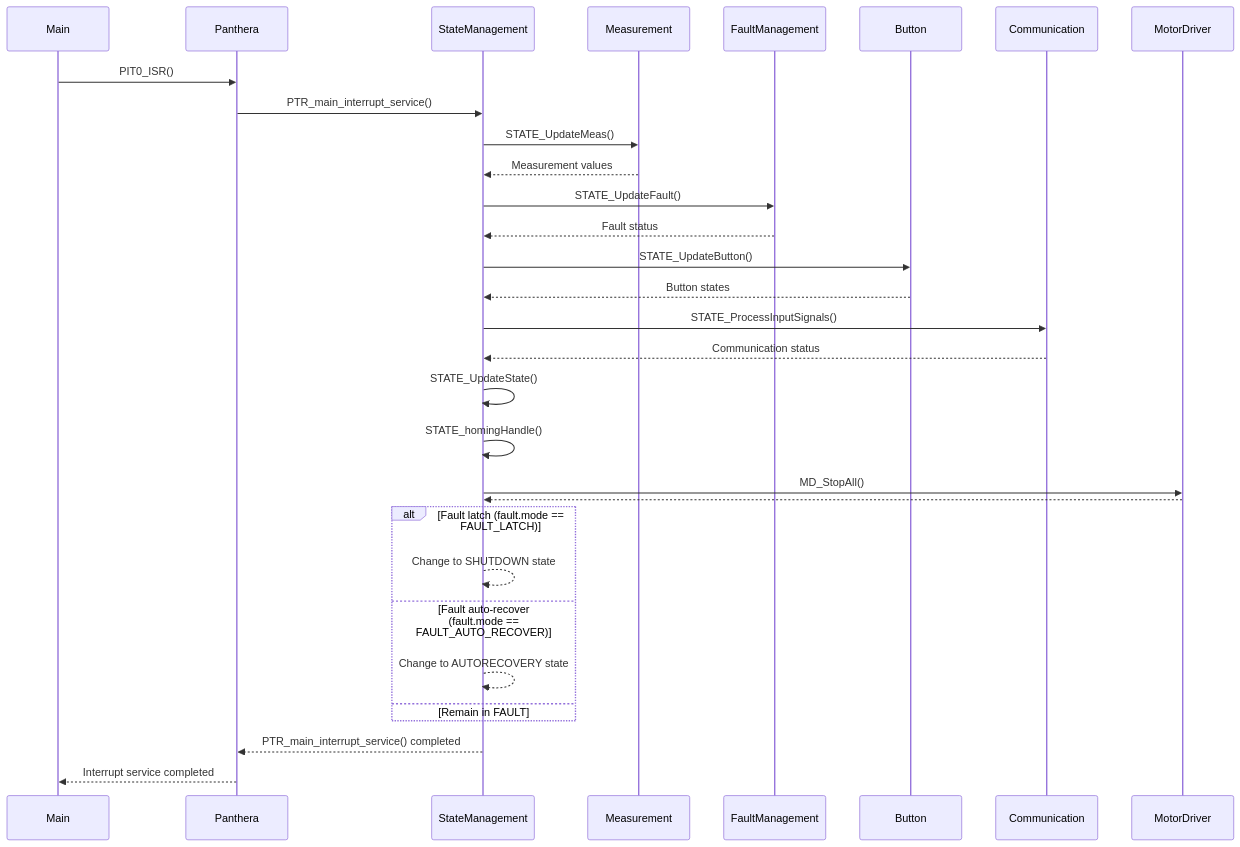
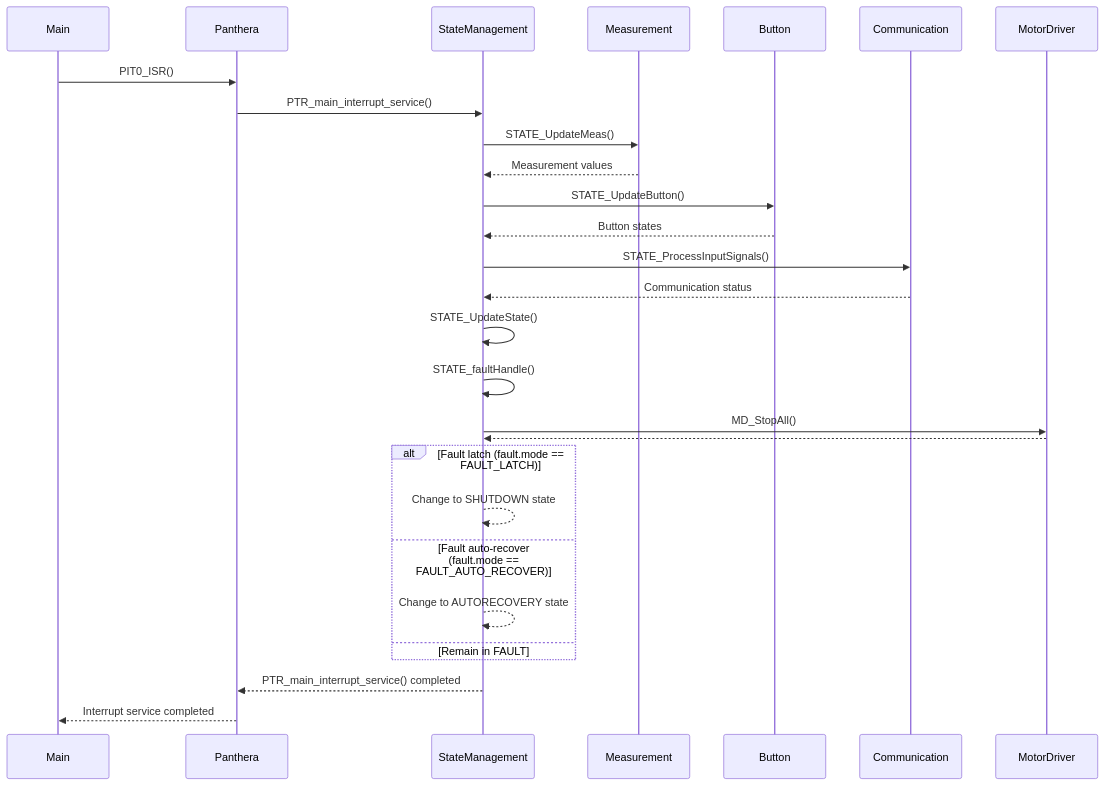
The sixth of 8 diagrams in Document/Panthera_Development_Doc_v250818.md (lab-vncommic/PantheraProject), drawn with Mermaid before and after one commit. The commit also changed other lines of this file and 7 other files, not shown here.

````diff
--- a/Document/Panthera_Development_Doc_v250818.md
+++ b/Document/Panthera_Development_Doc_v250818.md
@@ -634,42 +651,38 @@
 ```mermaid
 sequenceDiagram
     participant Main as Main
     participant App as Panthera
     participant State as StateManagement
     participant Meas as Measurement
-    participant Fault as FaultManagement
     participant Btn as Button
     participant Comm as Communication
     participant Motor as MotorDriver
 
     Main->>App: PIT0_ISR()
     App->>State: PTR_main_interrupt_service()
     State->>Meas: STATE_UpdateMeas()
     Meas-->>State: Measurement values
 
-    State->>Fault: STATE_UpdateFault()
-    Fault-->>State: Fault status
-
     State->>Btn: STATE_UpdateButton()
     Btn-->>State: Button states
 
     State->>Comm: STATE_ProcessInputSignals()
     Comm-->>State: Communication status
 
     State->>State: STATE_UpdateState()
-    State->>State: STATE_homingHandle()
+    State->>State: STATE_faultHandle()
 
     %% FAULT state logic
     State->>Motor: MD_StopAll()
     Motor-->>State:
 
     alt Fault latch (fault.mode == FAULT_LATCH)
         State-->>State: Change to SHUTDOWN state
     else Fault auto-recover (fault.mode == FAULT_AUTO_RECOVER)
         State-->>State: Change to AUTORECOVERY state
     else Remain in FAULT
     end
 
     State-->>App: PTR_main_interrupt_service() completed
     App-->>Main: Interrupt service completed
 ```
````
